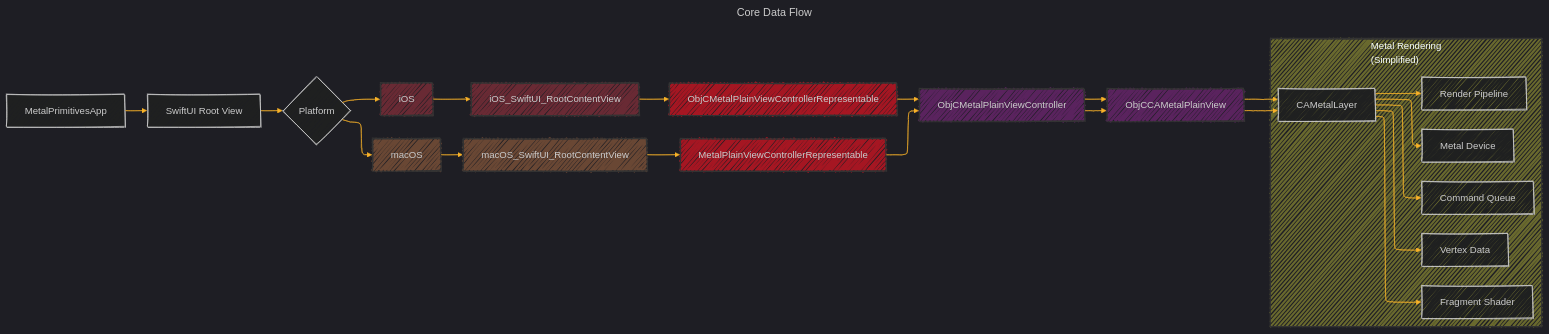
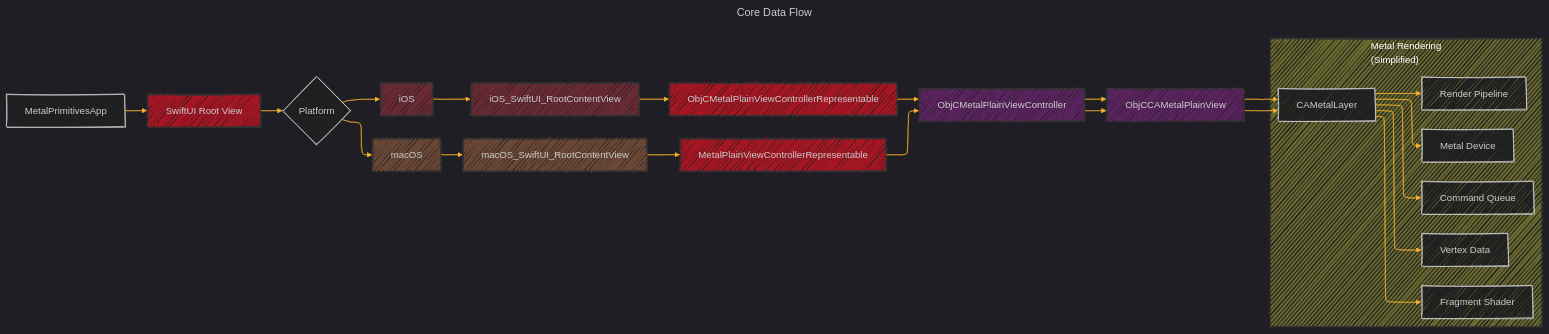
One commit to CongLeSolutionX/Metal-Primitives changed the fourth of 8 diagrams in Documentation_Consolidated_Version_Draft_2.md. Above: the diagram before and after it, drawn with Mermaid. The commit also changed other lines of this file, not shown here.

```diff
--- a/Documentation_Consolidated_Version_Draft_2.md
+++ b/Documentation_Consolidated_Version_Draft_2.md
@@ -297,7 +298,7 @@
 
 
     classDef Style_for_Swift_Code fill:#f129,stroke:#333,stroke-width:2px
-    class L,G Style_for_Swift_Code
+    class B,L,G Style_for_Swift_Code
 
     classDef Style_for_Bridging_Header_File fill:#f455,stroke:#333,stroke-width:2px
     
```
